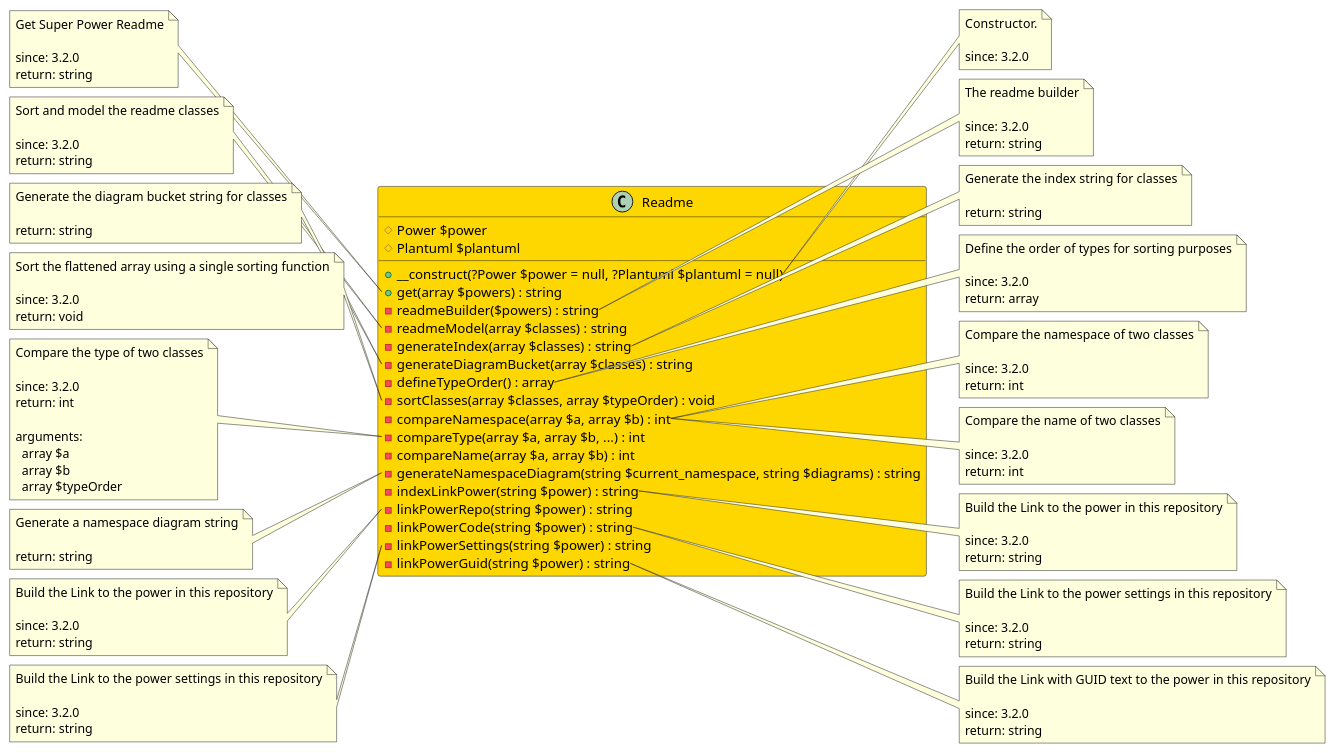
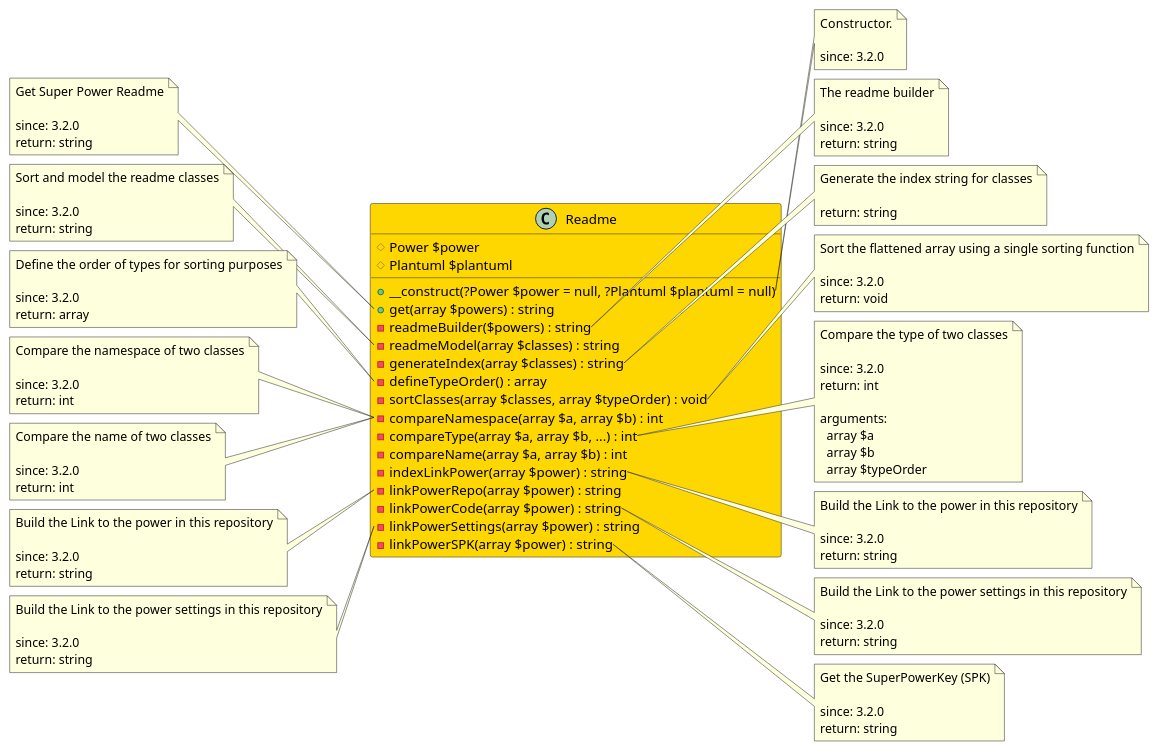
The diagram in src/0d08c583-04d5-454e-b756-48ca05e1651a/README.md (joomengine/jcb-compiler), drawn with PlantUML before and after one commit. The commit also changed 725 other files, not shown here.

```diff
--- a/src/0d08c583-04d5-454e-b756-48ca05e1651a/README.md
+++ b/src/0d08c583-04d5-454e-b756-48ca05e1651a/README.md
@@ -18,18 +18,16 @@
   - readmeBuilder($powers) : string
   - readmeModel(array $classes) : string
   - generateIndex(array $classes) : string
-  - generateDiagramBucket(array $classes) : string
   - defineTypeOrder() : array
   - sortClasses(array $classes, array $typeOrder) : void
   - compareNamespace(array $a, array $b) : int
   - compareType(array $a, array $b, ...) : int
   - compareName(array $a, array $b) : int
-  - generateNamespaceDiagram(string $current_namespace, string $diagrams) : string
-  - indexLinkPower(string $power) : string
-  - linkPowerRepo(string $power) : string
-  - linkPowerCode(string $power) : string
-  - linkPowerSettings(string $power) : string
-  - linkPowerGuid(string $power) : string
+  - indexLinkPower(array $power) : string
+  - linkPowerRepo(array $power) : string
+  - linkPowerCode(array $power) : string
+  - linkPowerSettings(array $power) : string
+  - linkPowerSPK(array $power) : string
 }
 
 note right of Readme::__construct
@@ -65,34 +63,28 @@
   return: string
 end note
 
-note left of Readme::generateDiagramBucket
-  Generate the diagram bucket string for classes
-
-  return: string
-end note
-
-note right of Readme::defineTypeOrder
+note left of Readme::defineTypeOrder
   Define the order of types for sorting purposes
 
   since: 3.2.0
   return: array
 end note
 
-note left of Readme::sortClasses
+note right of Readme::sortClasses
   Sort the flattened array using a single sorting function
 
   since: 3.2.0
   return: void
 end note
 
-note right of Readme::compareNamespace
+note left of Readme::compareNamespace
   Compare the namespace of two classes
 
   since: 3.2.0
   return: int
 end note
 
-note left of Readme::compareType
+note right of Readme::compareType
   Compare the type of two classes
 
   since: 3.2.0
@@ -104,17 +96,11 @@
     array $typeOrder
 end note
 
-note right of Readme::compareName
+note left of Readme::compareName
   Compare the name of two classes
 
   since: 3.2.0
   return: int
-end note
-
-note left of Readme::generateNamespaceDiagram
-  Generate a namespace diagram string
-
-  return: string
 end note
 
 note right of Readme::indexLinkPower
@@ -145,8 +131,8 @@
   return: string
 end note
 
-note right of Readme::linkPowerGuid
-  Build the Link with GUID text to the power in this repository
+note right of Readme::linkPowerSPK
+  Get the SuperPowerKey (SPK)
 
   since: 3.2.0
   return: string
```
